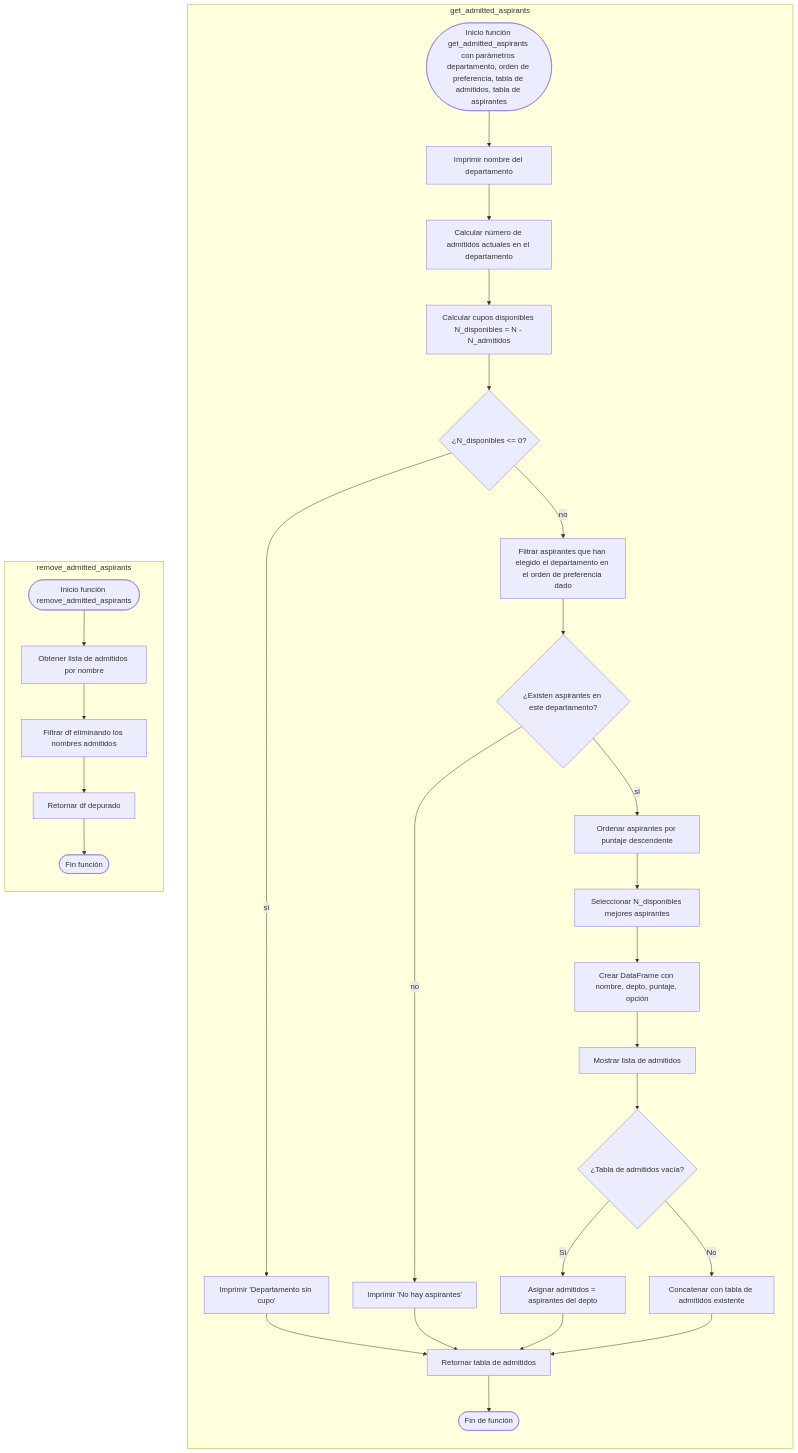
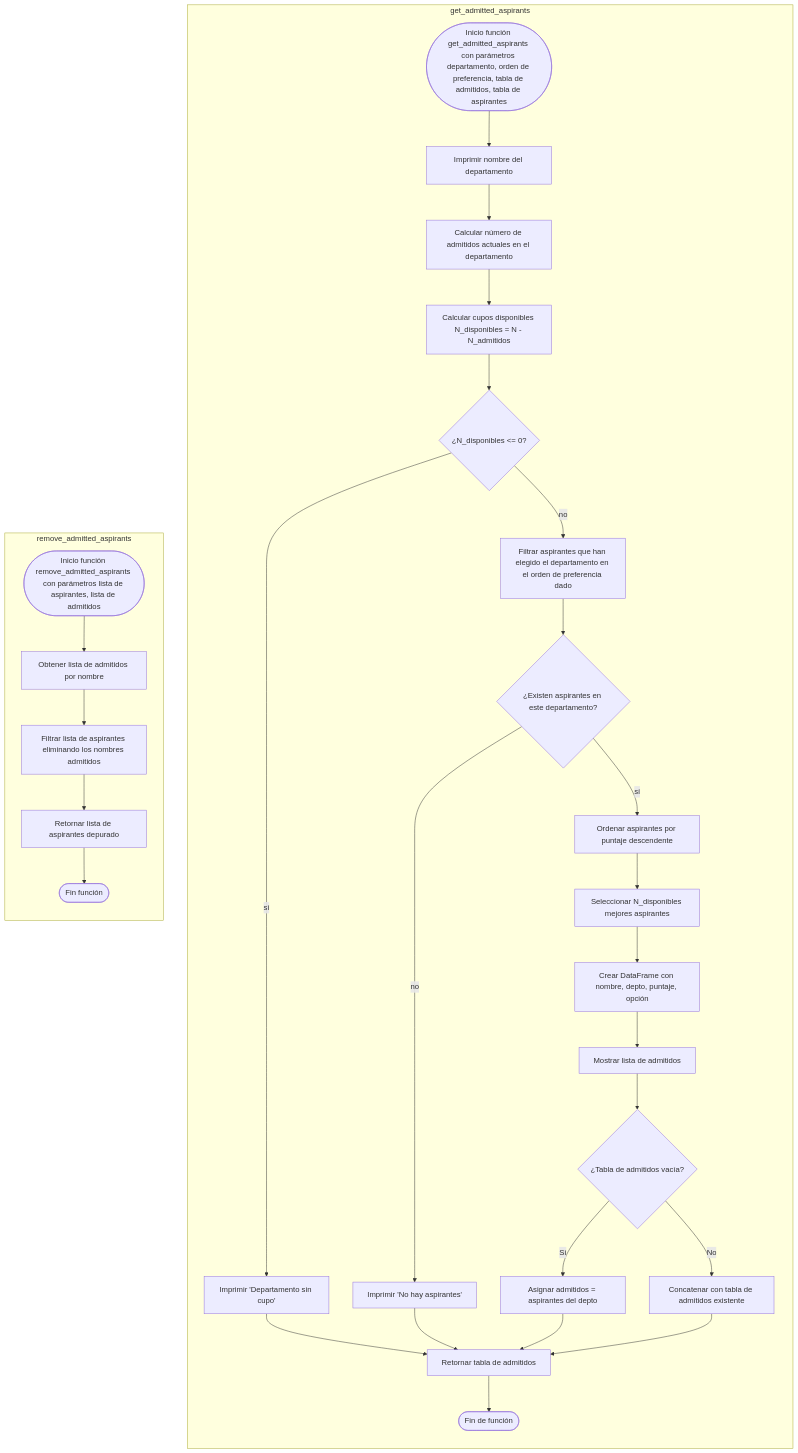
The diagram in Unidad_3/Proyecto_3_funciones.mermaid (vshalisko/PythonIntro), drawn with Mermaid before and after one commit.

```diff
--- a/Unidad_3/Proyecto_3_funciones.mermaid
+++ b/Unidad_3/Proyecto_3_funciones.mermaid
@@ -1,31 +1,31 @@
 flowchart TD
 
 subgraph get_admitted_aspirants
 direction TB
 A1([Inicio función get_admitted_aspirants con parámetros departamento, orden de preferencia, tabla de admitidos, tabla de aspirantes]) --> B1
 B1[Imprimir nombre del departamento] --> C1[Calcular número de admitidos actuales en el departamento]
 C1 --> D1[Calcular cupos disponibles N_disponibles = N - N_admitidos]
 D1 --> E1{¿N_disponibles <= 0?}
 E1 -- sí --> F1[Imprimir 'Departamento sin cupo'] --> Z1[Retornar tabla de admitidos]
 E1 -- no --> G1[Filtrar aspirantes que han elegido el departamento en el orden de preferencia dado]
 G1 --> H1{¿Existen aspirantes en este departamento?}
 H1 -- no --> I1[Imprimir 'No hay aspirantes'] --> Z1
 H1 -- sí --> J1[Ordenar aspirantes por puntaje descendente]
 J1 --> K1[Seleccionar N_disponibles mejores aspirantes]
 K1 --> L1[Crear DataFrame con nombre, depto, puntaje, opción]
 L1 --> M1[Mostrar lista de admitidos]
 M1 --> N1{¿Tabla de admitidos vacía?}
 N1 -- Sí --> O1[Asignar admitidos = aspirantes del depto]
 O1 --> Z1
 N1 -- No --> P1[Concatenar con tabla de admitidos existente]
 P1 --> Z1
 Z1 --> Q1([Fin de función])
 end
 
 subgraph remove_admitted_aspirants
 direction TB
-R1([Inicio función remove_admitted_aspirants]) --> R2[Obtener lista de admitidos por nombre]
-R2 --> R3[Filtrar df eliminando los nombres admitidos]
-R3 --> R4[Retornar df depurado]
+R1([Inicio función remove_admitted_aspirants con parámetros lista de aspirantes, lista de admitidos]) --> R2
+R2[Obtener lista de admitidos por nombre] --> R3[Filtrar lista de aspirantes eliminando los nombres admitidos]
+R3 --> R4[Retornar lista de aspirantes depurado]
 R4 --> R5([Fin función])
 end
```
